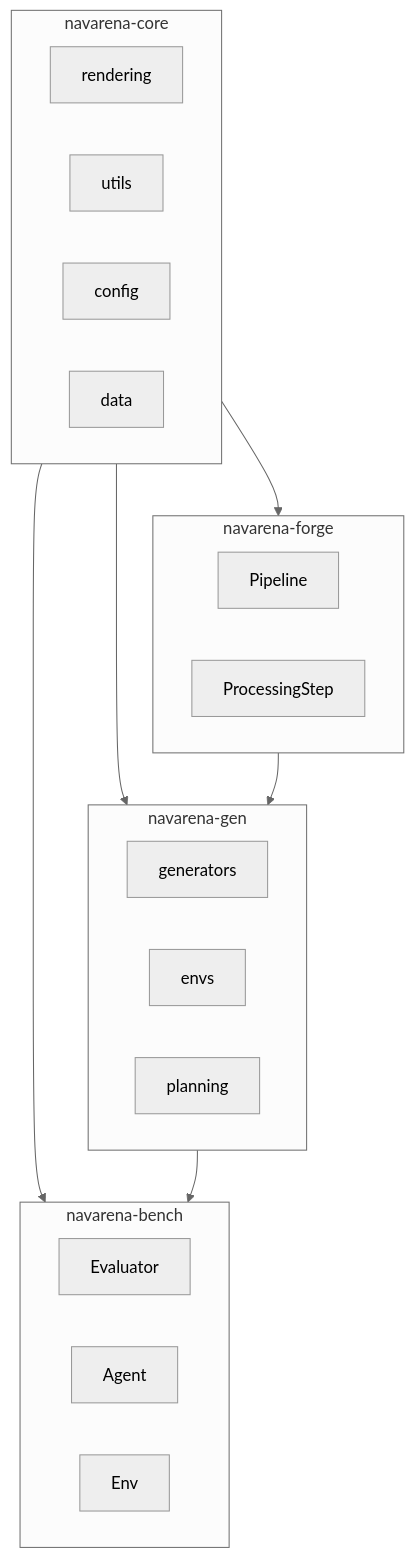
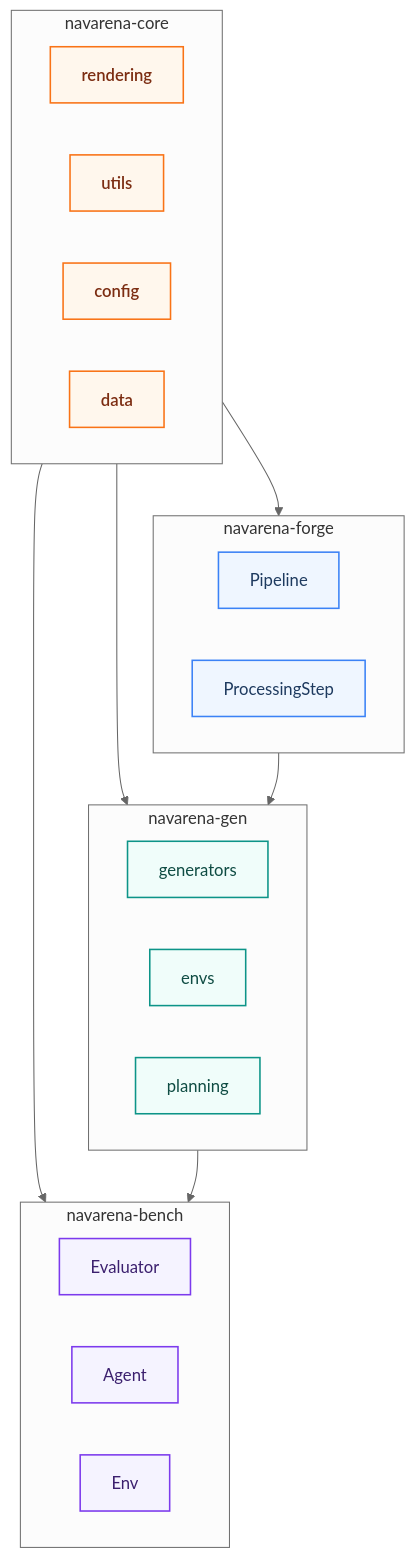
One commit to EI-Nav/NavArena-Doc changed the first of 2 diagrams in docs/zh/concepts/architecture.md. Above: the diagram before and after it, drawn with Mermaid (neutral theme). The commit also changed other lines of this file and 7 other files, not shown here.

````diff
--- a/docs/zh/concepts/architecture.md
+++ b/docs/zh/concepts/architecture.md
@@ -7,32 +7,37 @@
 ```mermaid
 flowchart TB
+    classDef core   fill:#FFF7ED,stroke:#F97316,stroke-width:1.5px,color:#7C2D12,font-weight:600
+    classDef forge  fill:#EFF6FF,stroke:#3B82F6,stroke-width:1.5px,color:#1E3A5F
+    classDef gen    fill:#F0FDFA,stroke:#0D9488,stroke-width:1.5px,color:#0F4C43
+    classDef bench  fill:#F5F3FF,stroke:#7C3AED,stroke-width:1.5px,color:#3B1F6E
+
     subgraph Core[navarena-core]
-        Rendering[rendering]
-        Utils[utils]
-        Config[config]
-        Data[data]
+        Rendering[rendering]:::core
+        Utils[utils]:::core
+        Config[config]:::core
+        Data[data]:::core
     end
     
     subgraph Forge[navarena-forge]
-        Pipeline[Pipeline]
-        Steps[ProcessingStep]
+        Pipeline[Pipeline]:::forge
+        Steps[ProcessingStep]:::forge
     end
     
     subgraph Gen[navarena-gen]
-        Generators[generators]
-        Envs[envs]
-        Planning[planning]
+        Generators[generators]:::gen
+        Envs[envs]:::gen
+        Planning[planning]:::gen
     end
     
     subgraph Bench[navarena-bench]
-        Evaluator[Evaluator]
-        Agent[Agent]
-        Env[Env]
+        Evaluator[Evaluator]:::bench
+        Agent[Agent]:::bench
+        Env[Env]:::bench
     end
     
     Core --> Forge
     Core --> Gen
     Core --> Bench
     Forge --> Gen
     Gen --> Bench
 ```
````
